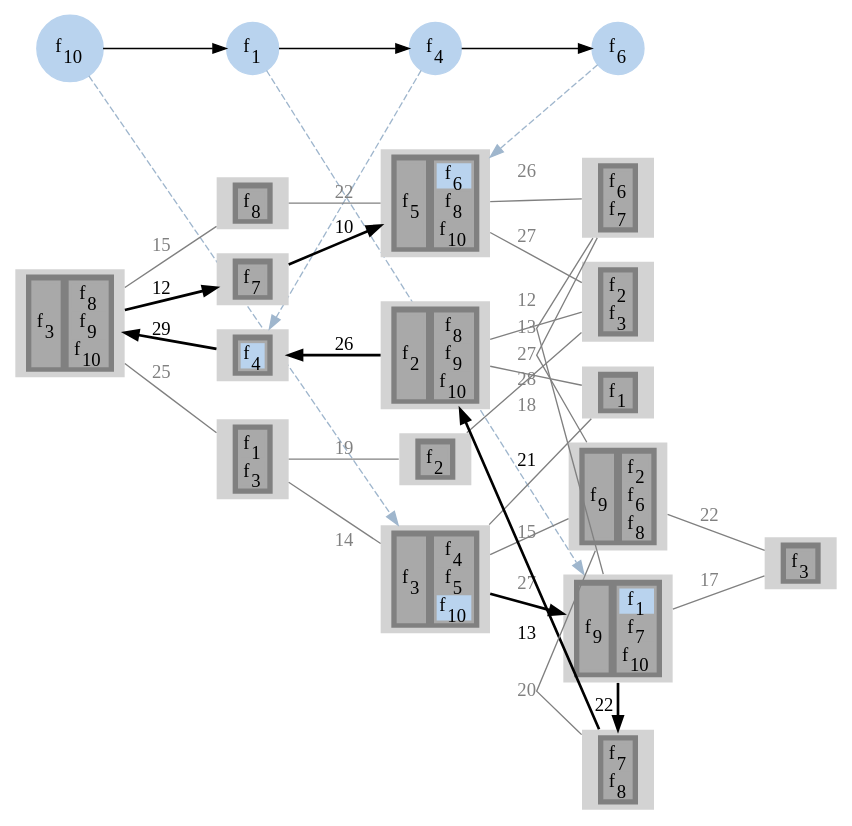
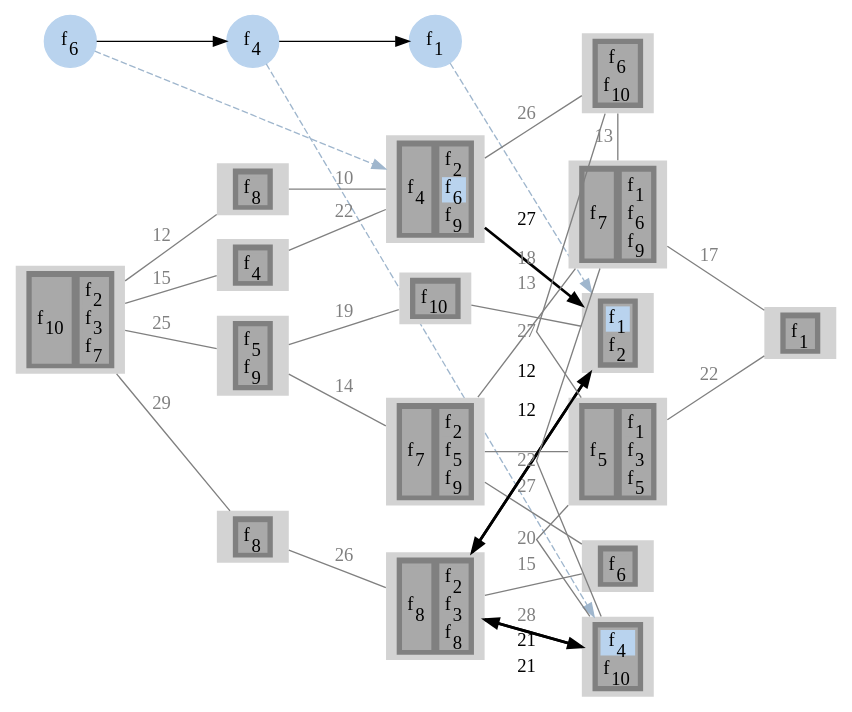
The diagram in output/sevenReliabilityOne/gv/sfcAssgn18.gv (prateekshyap/SFC_Placement_in_VNF), drawn with Graphviz before and after one commit. The commit also changed 27 other files, not shown here.

```diff
--- a/output/sevenReliabilityOne/gv/sfcAssgn18.gv
+++ b/output/sevenReliabilityOne/gv/sfcAssgn18.gv
@@ -5,17 +5,14 @@
 subgraph sfc
 {
 node [shape=circle]
-{rank = same; f10; };
+{rank = same; f6; };
+{rank = same; f4; };
 {rank = same; f1; };
-{rank = same; f4; };
-{rank = same; f6; };
-f10[style=filled label=<f<SUB>10</SUB>> color="slategray2"]
+f6[style=filled label=<f<SUB>6</SUB>> color="slategray2"]
+f4[style=filled label=<f<SUB>4</SUB>> color="slategray2"]
 f1[style=filled label=<f<SUB>1</SUB>> color="slategray2"]
-f4[style=filled label=<f<SUB>4</SUB>> color="slategray2"]
-f6[style=filled label=<f<SUB>6</SUB>> color="slategray2"]
-f10 -> f1
-f1 -> f4
-f4 -> f6
+f6 -> f4
+f4 -> f1
 }
 subgraph network
 {
@@ -25,20 +22,202 @@
 {rank = same; 4; 6; 7; 9; };
 {rank = same; 5; 11; 10; 14; 12; 13; };
 {rank = same; 16; };
+4[style=filled
+label=<
+<TABLE BORDER="0" BGCOLOR="gray">
+<TR>
+<TD>
+<TABLE BORDER="0" BGCOLOR="darkgray">
+<TR><TD PORT="f15" BGCOLOR="darkgray">f<SUB>4</SUB></TD></TR>
+</TABLE>
+</TD>
+<TD>
+<TABLE BORDER="0" BGCOLOR="darkgray">
+<TR><TD PORT="f8" BGCOLOR="darkgray">f<SUB>2</SUB></TD></TR>
+<TR><TD PORT="f21" BGCOLOR="slategray2">f<SUB>6</SUB></TD></TR>
+<TR><TD PORT="f31" BGCOLOR="darkgray">f<SUB>9</SUB></TD></TR>
+</TABLE>
+</TD>
+</TR>
+</TABLE>>]
+
+14[style=filled
+label=<
+<TABLE BORDER="0" BGCOLOR="gray">
+<TR>
+<TD>
+<TABLE BORDER="0" BGCOLOR="darkgray">
+<TR><TD PORT="f13" BGCOLOR="slategray2">f<SUB>4</SUB></TD></TR>
+<TR><TD PORT="f36" BGCOLOR="darkgray">f<SUB>10</SUB></TD></TR>
+</TABLE>
+</TD>
+</TR>
+</TABLE>>]
+
+14[style=filled
+label=<
+<TABLE BORDER="0" BGCOLOR="gray">
+<TR>
+<TD>
+<TABLE BORDER="0" BGCOLOR="darkgray">
+<TR><TD PORT="f13" BGCOLOR="slategray2">f<SUB>4</SUB></TD></TR>
+<TR><TD PORT="f36" BGCOLOR="darkgray">f<SUB>10</SUB></TD></TR>
+</TABLE>
+</TD>
+</TR>
+</TABLE>>]
+
+5[style=filled
+label=<
+<TABLE BORDER="0" BGCOLOR="gray">
+<TR>
+<TD>
+<TABLE BORDER="0" BGCOLOR="darkgray">
+<TR><TD PORT="f1" BGCOLOR="slategray2">f<SUB>1</SUB></TD></TR>
+<TR><TD PORT="f5" BGCOLOR="darkgray">f<SUB>2</SUB></TD></TR>
+</TABLE>
+</TD>
+</TR>
+</TABLE>>]
+
+1[style=filled
+label=<
+<TABLE BORDER="0" BGCOLOR="gray">
+<TR>
+<TD>
+<TABLE BORDER="0" BGCOLOR="darkgray">
+<TR><TD PORT="f35" BGCOLOR="darkgray">f<SUB>10</SUB></TD></TR>
+</TABLE>
+</TD>
+<TD>
+<TABLE BORDER="0" BGCOLOR="darkgray">
+<TR><TD PORT="f7" BGCOLOR="darkgray">f<SUB>2</SUB></TD></TR>
+<TR><TD PORT="f11" BGCOLOR="darkgray">f<SUB>3</SUB></TD></TR>
+<TR><TD PORT="f26" BGCOLOR="darkgray">f<SUB>7</SUB></TD></TR>
+</TABLE>
+</TD>
+</TR>
+</TABLE>>]
+
+2[style=filled
+label=<
+<TABLE BORDER="0" BGCOLOR="gray">
+<TR>
+<TD>
+<TABLE BORDER="0" BGCOLOR="darkgray">
+<TR><TD PORT="f28" BGCOLOR="darkgray">f<SUB>8</SUB></TD></TR>
+</TABLE>
+</TD>
+</TR>
+</TABLE>>]
+
+3[style=filled
+label=<
+<TABLE BORDER="0" BGCOLOR="gray">
+<TR>
+<TD>
+<TABLE BORDER="0" BGCOLOR="darkgray">
+<TR><TD PORT="f29" BGCOLOR="darkgray">f<SUB>8</SUB></TD></TR>
+</TABLE>
+</TD>
+</TR>
+</TABLE>>]
+
+8[style=filled
+label=<
+<TABLE BORDER="0" BGCOLOR="gray">
+<TR>
+<TD>
+<TABLE BORDER="0" BGCOLOR="darkgray">
+<TR><TD PORT="f17" BGCOLOR="darkgray">f<SUB>5</SUB></TD></TR>
+<TR><TD PORT="f34" BGCOLOR="darkgray">f<SUB>9</SUB></TD></TR>
+</TABLE>
+</TD>
+</TR>
+</TABLE>>]
+
+15[style=filled
+label=<
+<TABLE BORDER="0" BGCOLOR="gray">
+<TR>
+<TD>
+<TABLE BORDER="0" BGCOLOR="darkgray">
+<TR><TD PORT="f14" BGCOLOR="darkgray">f<SUB>4</SUB></TD></TR>
+</TABLE>
+</TD>
+</TR>
+</TABLE>>]
+
+6[style=filled
+label=<
+<TABLE BORDER="0" BGCOLOR="gray">
+<TR>
+<TD>
+<TABLE BORDER="0" BGCOLOR="darkgray">
+<TR><TD PORT="f27" BGCOLOR="darkgray">f<SUB>8</SUB></TD></TR>
+</TABLE>
+</TD>
+<TD>
+<TABLE BORDER="0" BGCOLOR="darkgray">
+<TR><TD PORT="f9" BGCOLOR="darkgray">f<SUB>2</SUB></TD></TR>
+<TR><TD PORT="f10" BGCOLOR="darkgray">f<SUB>3</SUB></TD></TR>
+<TR><TD PORT="f30" BGCOLOR="darkgray">f<SUB>8</SUB></TD></TR>
+</TABLE>
+</TD>
+</TR>
+</TABLE>>]
+
+11[style=filled
+label=<
+<TABLE BORDER="0" BGCOLOR="gray">
+<TR>
+<TD>
+<TABLE BORDER="0" BGCOLOR="darkgray">
+<TR><TD PORT="f23" BGCOLOR="darkgray">f<SUB>6</SUB></TD></TR>
+<TR><TD PORT="f38" BGCOLOR="darkgray">f<SUB>10</SUB></TD></TR>
+</TABLE>
+</TD>
+</TR>
+</TABLE>>]
+
+7[style=filled
+label=<
+<TABLE BORDER="0" BGCOLOR="gray">
+<TR>
+<TD>
+<TABLE BORDER="0" BGCOLOR="darkgray">
+<TR><TD PORT="f37" BGCOLOR="darkgray">f<SUB>10</SUB></TD></TR>
+</TABLE>
+</TD>
+</TR>
+</TABLE>>]
+
+10[style=filled
+label=<
+<TABLE BORDER="0" BGCOLOR="gray">
+<TR>
+<TD>
+<TABLE BORDER="0" BGCOLOR="darkgray">
+<TR><TD PORT="f20" BGCOLOR="darkgray">f<SUB>6</SUB></TD></TR>
+</TABLE>
+</TD>
+</TR>
+</TABLE>>]
+
 9[style=filled
 label=<
 <TABLE BORDER="0" BGCOLOR="gray">
 <TR>
 <TD>
 <TABLE BORDER="0" BGCOLOR="darkgray">
-<TR><TD PORT="f9" BGCOLOR="darkgray">f<SUB>3</SUB></TD></TR>
+<TR><TD PORT="f24" BGCOLOR="darkgray">f<SUB>7</SUB></TD></TR>
 </TABLE>
 </TD>
 <TD>
 <TABLE BORDER="0" BGCOLOR="darkgray">
-<TR><TD PORT="f13" BGCOLOR="darkgray">f<SUB>4</SUB></TD></TR>
-<TR><TD PORT="f15" BGCOLOR="darkgray">f<SUB>5</SUB></TD></TR>
-<TR><TD PORT="f35" BGCOLOR="slategray2">f<SUB>10</SUB></TD></TR>
+<TR><TD PORT="f6" BGCOLOR="darkgray">f<SUB>2</SUB></TD></TR>
+<TR><TD PORT="f16" BGCOLOR="darkgray">f<SUB>5</SUB></TD></TR>
+<TR><TD PORT="f32" BGCOLOR="darkgray">f<SUB>9</SUB></TD></TR>
 </TABLE>
 </TD>
 </TR>
@@ -50,214 +229,14 @@
 <TR>
 <TD>
 <TABLE BORDER="0" BGCOLOR="darkgray">
-<TR><TD PORT="f33" BGCOLOR="darkgray">f<SUB>9</SUB></TD></TR>
+<TR><TD PORT="f25" BGCOLOR="darkgray">f<SUB>7</SUB></TD></TR>
 </TABLE>
 </TD>
 <TD>
 <TABLE BORDER="0" BGCOLOR="darkgray">
-<TR><TD PORT="f1" BGCOLOR="slategray2">f<SUB>1</SUB></TD></TR>
-<TR><TD PORT="f23" BGCOLOR="darkgray">f<SUB>7</SUB></TD></TR>
-<TR><TD PORT="f37" BGCOLOR="darkgray">f<SUB>10</SUB></TD></TR>
-</TABLE>
-</TD>
-</TR>
-</TABLE>>]
-
-12[style=filled
-label=<
-<TABLE BORDER="0" BGCOLOR="gray">
-<TR>
-<TD>
-<TABLE BORDER="0" BGCOLOR="darkgray">
+<TR><TD PORT="f2" BGCOLOR="darkgray">f<SUB>1</SUB></TD></TR>
+<TR><TD PORT="f22" BGCOLOR="darkgray">f<SUB>6</SUB></TD></TR>
 <TR><TD PORT="f33" BGCOLOR="darkgray">f<SUB>9</SUB></TD></TR>
-</TABLE>
-</TD>
-<TD>
-<TABLE BORDER="0" BGCOLOR="darkgray">
-<TR><TD PORT="f1" BGCOLOR="slategray2">f<SUB>1</SUB></TD></TR>
-<TR><TD PORT="f23" BGCOLOR="darkgray">f<SUB>7</SUB></TD></TR>
-<TR><TD PORT="f37" BGCOLOR="darkgray">f<SUB>10</SUB></TD></TR>
-</TABLE>
-</TD>
-</TR>
-</TABLE>>]
-
-3[style=filled
-label=<
-<TABLE BORDER="0" BGCOLOR="gray">
-<TR>
-<TD>
-<TABLE BORDER="0" BGCOLOR="darkgray">
-<TR><TD PORT="f14" BGCOLOR="slategray2">f<SUB>4</SUB></TD></TR>
-</TABLE>
-</TD>
-</TR>
-</TABLE>>]
-
-3[style=filled
-label=<
-<TABLE BORDER="0" BGCOLOR="gray">
-<TR>
-<TD>
-<TABLE BORDER="0" BGCOLOR="darkgray">
-<TR><TD PORT="f14" BGCOLOR="slategray2">f<SUB>4</SUB></TD></TR>
-</TABLE>
-</TD>
-</TR>
-</TABLE>>]
-
-4[style=filled
-label=<
-<TABLE BORDER="0" BGCOLOR="gray">
-<TR>
-<TD>
-<TABLE BORDER="0" BGCOLOR="darkgray">
-<TR><TD PORT="f16" BGCOLOR="darkgray">f<SUB>5</SUB></TD></TR>
-</TABLE>
-</TD>
-<TD>
-<TABLE BORDER="0" BGCOLOR="darkgray">
-<TR><TD PORT="f19" BGCOLOR="slategray2">f<SUB>6</SUB></TD></TR>
-<TR><TD PORT="f26" BGCOLOR="darkgray">f<SUB>8</SUB></TD></TR>
-<TR><TD PORT="f38" BGCOLOR="darkgray">f<SUB>10</SUB></TD></TR>
-</TABLE>
-</TD>
-</TR>
-</TABLE>>]
-
-1[style=filled
-label=<
-<TABLE BORDER="0" BGCOLOR="gray">
-<TR>
-<TD>
-<TABLE BORDER="0" BGCOLOR="darkgray">
-<TR><TD PORT="f10" BGCOLOR="darkgray">f<SUB>3</SUB></TD></TR>
-</TABLE>
-</TD>
-<TD>
-<TABLE BORDER="0" BGCOLOR="darkgray">
-<TR><TD PORT="f28" BGCOLOR="darkgray">f<SUB>8</SUB></TD></TR>
-<TR><TD PORT="f32" BGCOLOR="darkgray">f<SUB>9</SUB></TD></TR>
-<TR><TD PORT="f36" BGCOLOR="darkgray">f<SUB>10</SUB></TD></TR>
-</TABLE>
-</TD>
-</TR>
-</TABLE>>]
-
-2[style=filled
-label=<
-<TABLE BORDER="0" BGCOLOR="gray">
-<TR>
-<TD>
-<TABLE BORDER="0" BGCOLOR="darkgray">
-<TR><TD PORT="f21" BGCOLOR="darkgray">f<SUB>7</SUB></TD></TR>
-</TABLE>
-</TD>
-</TR>
-</TABLE>>]
-
-8[style=filled
-label=<
-<TABLE BORDER="0" BGCOLOR="gray">
-<TR>
-<TD>
-<TABLE BORDER="0" BGCOLOR="darkgray">
-<TR><TD PORT="f3" BGCOLOR="darkgray">f<SUB>1</SUB></TD></TR>
-<TR><TD PORT="f11" BGCOLOR="darkgray">f<SUB>3</SUB></TD></TR>
-</TABLE>
-</TD>
-</TR>
-</TABLE>>]
-
-15[style=filled
-label=<
-<TABLE BORDER="0" BGCOLOR="gray">
-<TR>
-<TD>
-<TABLE BORDER="0" BGCOLOR="darkgray">
-<TR><TD PORT="f29" BGCOLOR="darkgray">f<SUB>8</SUB></TD></TR>
-</TABLE>
-</TD>
-</TR>
-</TABLE>>]
-
-6[style=filled
-label=<
-<TABLE BORDER="0" BGCOLOR="gray">
-<TR>
-<TD>
-<TABLE BORDER="0" BGCOLOR="darkgray">
-<TR><TD PORT="f6" BGCOLOR="darkgray">f<SUB>2</SUB></TD></TR>
-</TABLE>
-</TD>
-<TD>
-<TABLE BORDER="0" BGCOLOR="darkgray">
-<TR><TD PORT="f24" BGCOLOR="darkgray">f<SUB>8</SUB></TD></TR>
-<TR><TD PORT="f30" BGCOLOR="darkgray">f<SUB>9</SUB></TD></TR>
-<TR><TD PORT="f34" BGCOLOR="darkgray">f<SUB>10</SUB></TD></TR>
-</TABLE>
-</TD>
-</TR>
-</TABLE>>]
-
-5[style=filled
-label=<
-<TABLE BORDER="0" BGCOLOR="gray">
-<TR>
-<TD>
-<TABLE BORDER="0" BGCOLOR="darkgray">
-<TR><TD PORT="f4" BGCOLOR="darkgray">f<SUB>2</SUB></TD></TR>
-<TR><TD PORT="f8" BGCOLOR="darkgray">f<SUB>3</SUB></TD></TR>
-</TABLE>
-</TD>
-</TR>
-</TABLE>>]
-
-11[style=filled
-label=<
-<TABLE BORDER="0" BGCOLOR="gray">
-<TR>
-<TD>
-<TABLE BORDER="0" BGCOLOR="darkgray">
-<TR><TD PORT="f18" BGCOLOR="darkgray">f<SUB>6</SUB></TD></TR>
-<TR><TD PORT="f22" BGCOLOR="darkgray">f<SUB>7</SUB></TD></TR>
-</TABLE>
-</TD>
-</TR>
-</TABLE>>]
-
-7[style=filled
-label=<
-<TABLE BORDER="0" BGCOLOR="gray">
-<TR>
-<TD>
-<TABLE BORDER="0" BGCOLOR="darkgray">
-<TR><TD PORT="f7" BGCOLOR="darkgray">f<SUB>2</SUB></TD></TR>
-</TABLE>
-</TD>
-</TR>
-</TABLE>>]
-
-10[style=filled
-label=<
-<TABLE BORDER="0" BGCOLOR="gray">
-<TR>
-<TD>
-<TABLE BORDER="0" BGCOLOR="darkgray">
-<TR><TD PORT="f2" BGCOLOR="darkgray">f<SUB>1</SUB></TD></TR>
-</TABLE>
-</TD>
-</TR>
-</TABLE>>]
-
-14[style=filled
-label=<
-<TABLE BORDER="0" BGCOLOR="gray">
-<TR>
-<TD>
-<TABLE BORDER="0" BGCOLOR="darkgray">
-<TR><TD PORT="f20" BGCOLOR="darkgray">f<SUB>7</SUB></TD></TR>
-<TR><TD PORT="f27" BGCOLOR="darkgray">f<SUB>8</SUB></TD></TR>
 </TABLE>
 </TD>
 </TR>
@@ -269,14 +248,14 @@
 <TR>
 <TD>
 <TABLE BORDER="0" BGCOLOR="darkgray">
-<TR><TD PORT="f31" BGCOLOR="darkgray">f<SUB>9</SUB></TD></TR>
+<TR><TD PORT="f18" BGCOLOR="darkgray">f<SUB>5</SUB></TD></TR>
 </TABLE>
 </TD>
 <TD>
 <TABLE BORDER="0" BGCOLOR="darkgray">
-<TR><TD PORT="f5" BGCOLOR="darkgray">f<SUB>2</SUB></TD></TR>
-<TR><TD PORT="f17" BGCOLOR="darkgray">f<SUB>6</SUB></TD></TR>
-<TR><TD PORT="f25" BGCOLOR="darkgray">f<SUB>8</SUB></TD></TR>
+<TR><TD PORT="f3" BGCOLOR="darkgray">f<SUB>1</SUB></TD></TR>
+<TR><TD PORT="f12" BGCOLOR="darkgray">f<SUB>3</SUB></TD></TR>
+<TR><TD PORT="f19" BGCOLOR="darkgray">f<SUB>5</SUB></TD></TR>
 </TABLE>
 </TD>
 </TR>
@@ -288,40 +267,41 @@
 <TR>
 <TD>
 <TABLE BORDER="0" BGCOLOR="darkgray">
-<TR><TD PORT="f12" BGCOLOR="darkgray">f<SUB>3</SUB></TD></TR>
+<TR><TD PORT="f4" BGCOLOR="darkgray">f<SUB>1</SUB></TD></TR>
 </TABLE>
 </TD>
 </TR>
 </TABLE>>]
 
-9 -> 12[label="13" color="black" penwidth=2]
-12 -> 14[label="22" color="black" penwidth=2]
+4 -> 5[label="27" color="black" penwidth=2]
+5 -> 6[label="12" color="black" penwidth=2]
+6 -> 14[label="21" color="black" penwidth=2]
 14 -> 6[label="21" color="black" penwidth=2]
-6 -> 3[label="26" color="black" penwidth=2]
-3 -> 1[label="29" color="black" penwidth=2]
-1 -> 2[label="12" color="black" penwidth=2]
-2 -> 4[label="10" color="black" penwidth=2]
+6 -> 5[label="12" color="black" penwidth=2]
+1 -> 2[label="12" color="gray" fontcolor="gray" dir = none]
+1 -> 3[label="29" color="gray" fontcolor="gray" dir = none]
 1 -> 8[label="25" color="gray" fontcolor="gray" dir = none]
 1 -> 15[label="15" color="gray" fontcolor="gray" dir = none]
-4 -> 5[label="27" color="gray" fontcolor="gray" dir = none]
+2 -> 4[label="10" color="gray" fontcolor="gray" dir = none]
+3 -> 6[label="26" color="gray" fontcolor="gray" dir = none]
 4 -> 11[label="26" color="gray" fontcolor="gray" dir = none]
 4 -> 15[label="22" color="gray" fontcolor="gray" dir = none]
-5 -> 6[label="12" color="gray" fontcolor="gray" dir = none]
 5 -> 7[label="18" color="gray" fontcolor="gray" dir = none]
 6 -> 10[label="28" color="gray" fontcolor="gray" dir = none]
 7 -> 8[label="19" color="gray" fontcolor="gray" dir = none]
 8 -> 9[label="14" color="gray" fontcolor="gray" dir = none]
 9 -> 10[label="15" color="gray" fontcolor="gray" dir = none]
+9 -> 12[label="13" color="gray" fontcolor="gray" dir = none]
 9 -> 13[label="27" color="gray" fontcolor="gray" dir = none]
 11 -> 12[label="13" color="gray" fontcolor="gray" dir = none]
 11 -> 13[label="27" color="gray" fontcolor="gray" dir = none]
+12 -> 14[label="22" color="gray" fontcolor="gray" dir = none]
 12 -> 16[label="17" color="gray" fontcolor="gray" dir = none]
 13 -> 14[label="20" color="gray" fontcolor="gray" dir = none]
 13 -> 16[label="22" color="gray" fontcolor="gray" dir = none]
 }
 splines=false
-f10 -> 9[color="slategray3" style=dashed constraint=false]
-f1 -> 12[color="slategray3" style=dashed constraint=false]
-f4 -> 3[color="slategray3" style=dashed constraint=false]
 f6 -> 4[color="slategray3" style=dashed constraint=false]
+f4 -> 14[color="slategray3" style=dashed constraint=false]
+f1 -> 5[color="slategray3" style=dashed constraint=false]
 }
```
